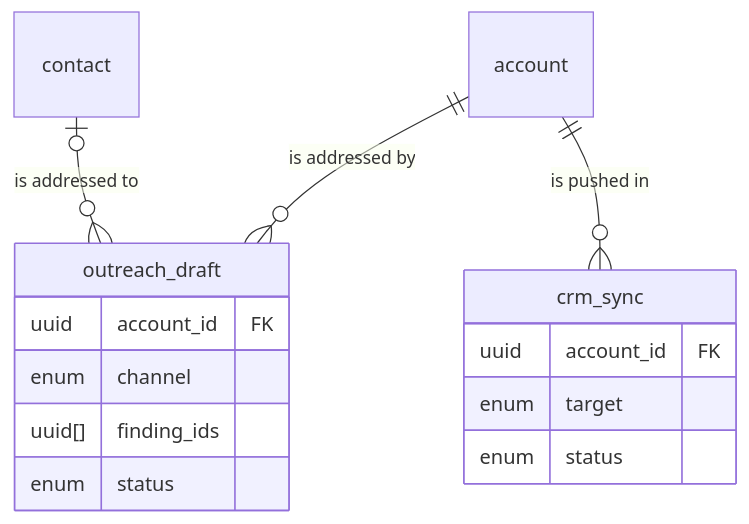
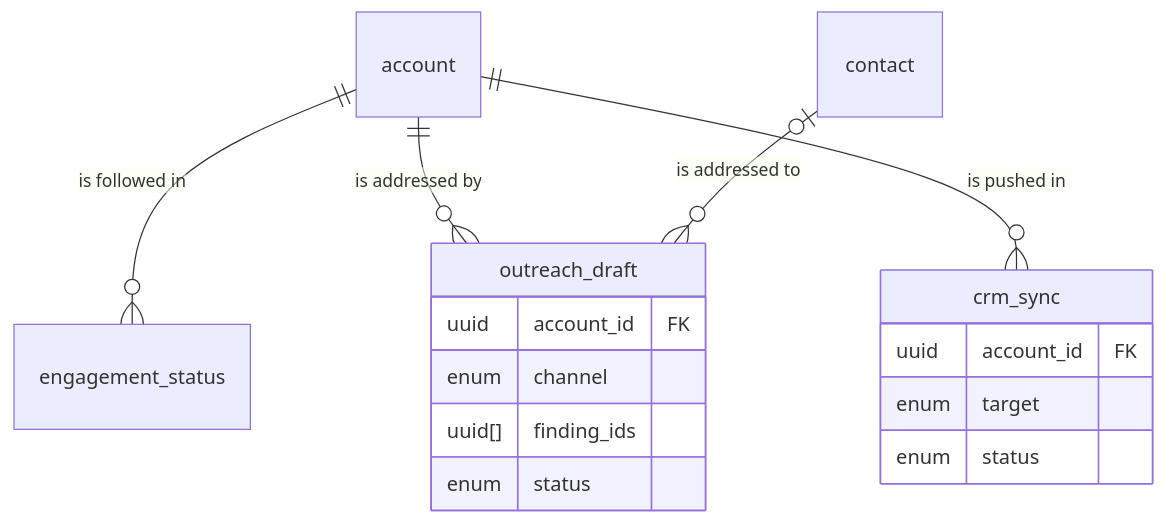
One commit to Nichita111/OrangeLeadRadar changed the seventh of 7 diagrams in docs/architecture/sql-store.md. Above: the diagram before and after it, drawn with Mermaid. The commit also changed other lines of this file and 22 other files, not shown here.

````diff
--- a/docs/architecture/sql-store.md
+++ b/docs/architecture/sql-store.md
@@ -684,17 +730,18 @@
 ```mermaid
 erDiagram
+  account ||--o{ engagement_status : "is followed in"
   account ||--o{ outreach_draft : "is addressed by"
   contact |o--o{ outreach_draft : "is addressed to"
   account ||--o{ crm_sync : "is pushed in"
   outreach_draft {
     uuid account_id FK
     enum channel
     uuid[] finding_ids
     enum status
   }
   crm_sync {
     uuid account_id FK
     enum target
     enum status
   }
 ```
````
